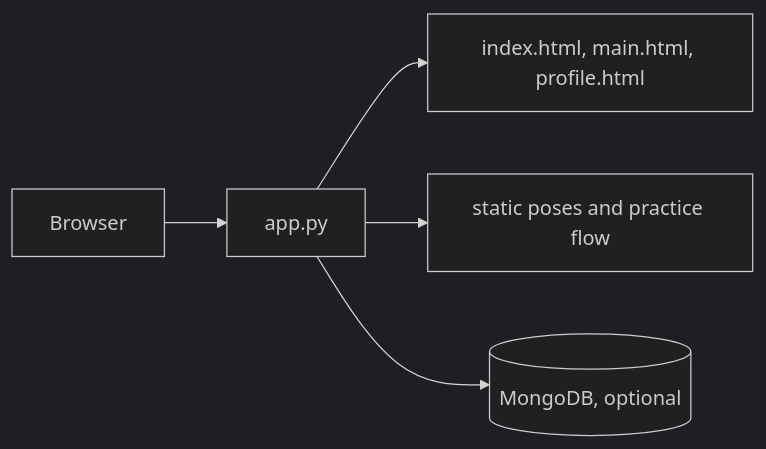
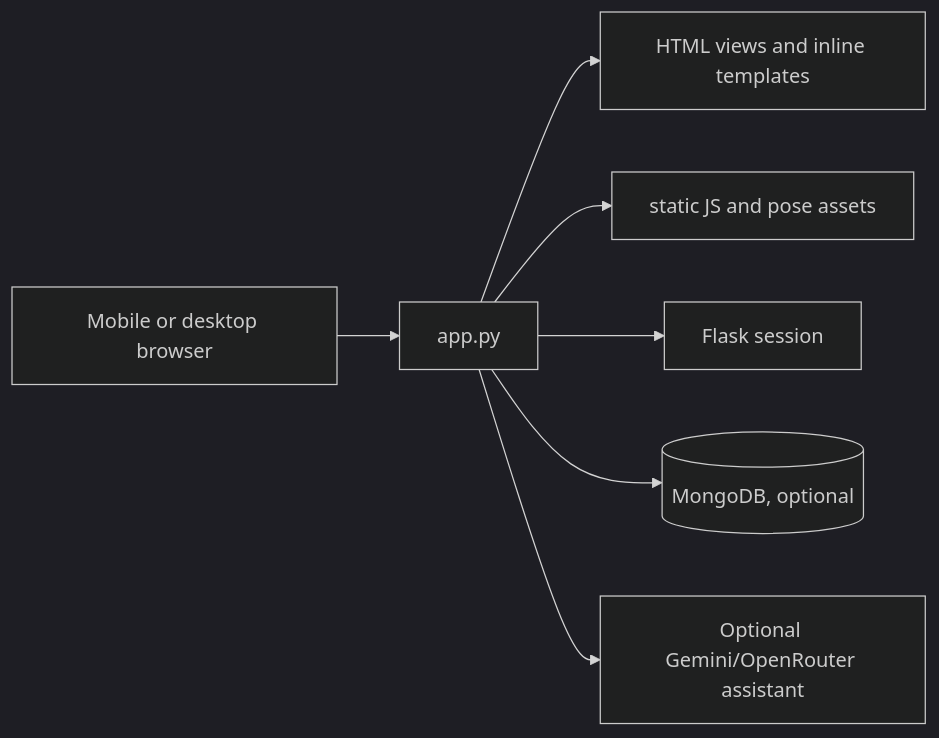
One commit to Majenayu/Anveshan changed the diagram in README.md. Above: the diagram before and after it, drawn with Mermaid (dark theme). The commit also changed other lines of this file and 3 other files, not shown here.

````diff
--- a/README.md
+++ b/README.md
@@ -7,7 +16,9 @@
 ```mermaid
 flowchart LR
-  Browser --> Flask[app.py]
-  Flask --> Views[index.html, main.html, profile.html]
-  Flask --> Assets[static poses and practice flow]
+  Browser[Mobile or desktop browser] --> Flask[app.py]
+  Flask --> Views[HTML views and inline templates]
+  Flask --> Static[static JS and pose assets]
+  Flask --> Session[Flask session]
   Flask --> Mongo[(MongoDB, optional)]
+  Flask --> AI[Optional Gemini/OpenRouter assistant]
 ```
````
